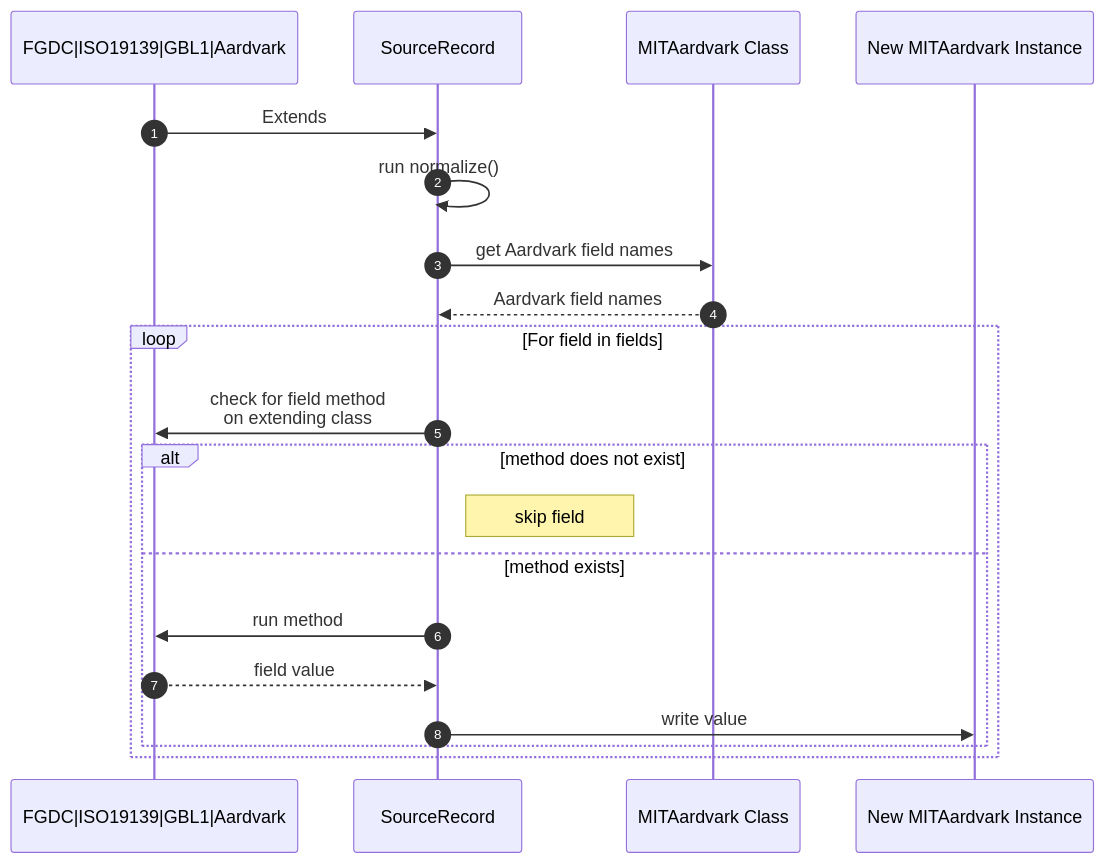
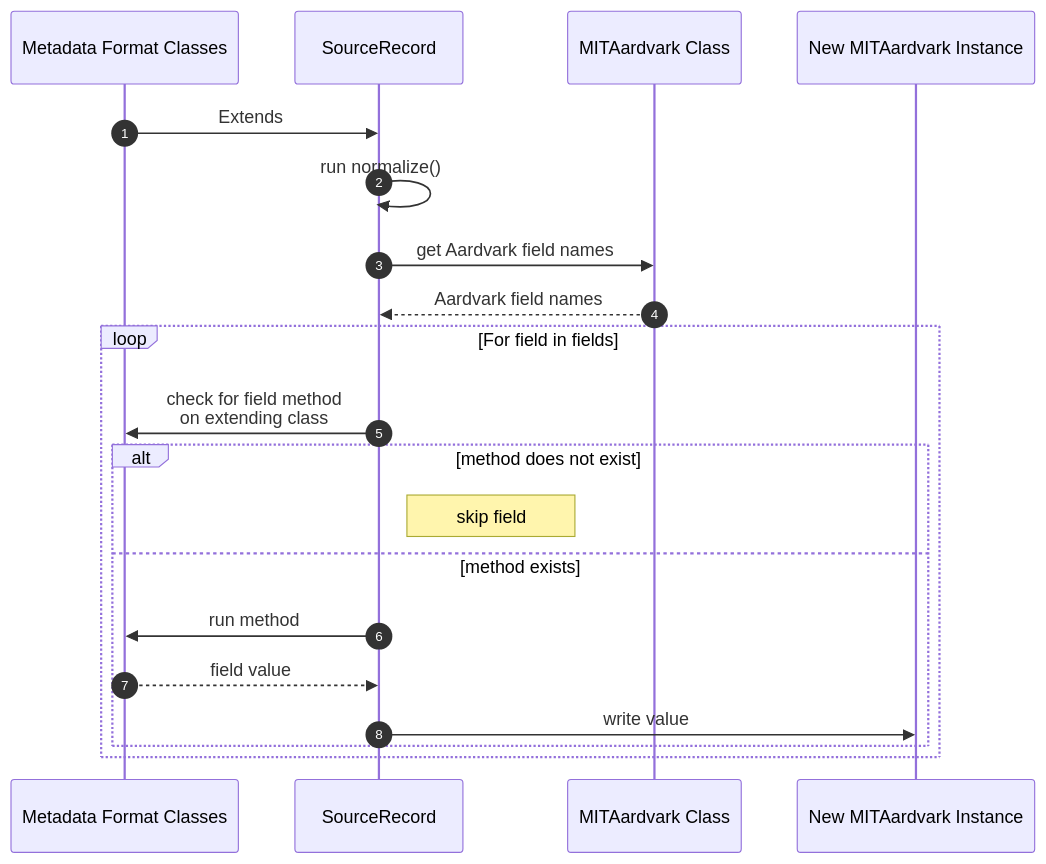
Before and after one commit to MITLibraries/geo-harvester: the third of 3 diagrams in docs/metadata_normalization.md, drawn with Mermaid. The commit also changed other lines of this file, not shown here.

Commit message:
Update record class diagrams and text

````diff
--- a/docs/metadata_normalization.md
+++ b/docs/metadata_normalization.md
@@ -100,24 +116,24 @@
 ```mermaid
 sequenceDiagram
     autonumber
     
-    participant meta as FGDC|ISO19139|GBL1|Aardvark
+    participant meta as Metadata Format Classes
     participant sr as SourceRecord
     participant mita as MITAardvark Class
     participant mita_new as New MITAardvark Instance
     
     meta ->> sr: Extends
     sr ->> sr: run normalize()
     sr ->> mita: get Aardvark field names
     mita -->> sr: Aardvark field names
     loop For field in fields
         sr ->> meta: check for field method <br> on extending class
         alt method does not exist
             note right of sr: skip field
         else method exists
             sr ->> meta: run method
             meta -->> sr: field value
             sr ->> mita_new: write value
         end
     end
 ```
````
